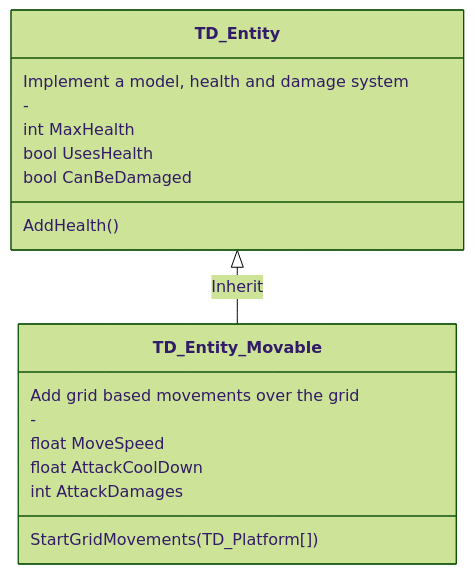
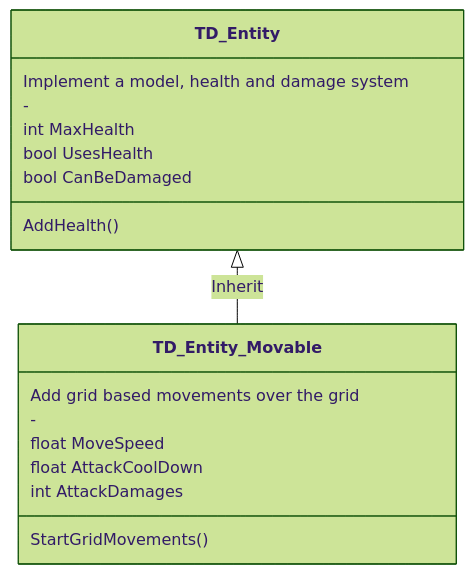
The diagram in ClassesCharts.md (l0th3r/TD-Template), drawn with Mermaid (forest theme) before and after one commit.

````diff
--- a/ClassesCharts.md
+++ b/ClassesCharts.md
@@ -6,20 +6,20 @@
 ```mermaid
  classDiagram
       TD_Entity <|-- TD_Entity_Movable : Inherit
  
       class TD_Entity
         TD_Entity: Implement a model, health and damage system
         TD_Entity: -
         TD_Entity: int MaxHealth
         TD_Entity: bool UsesHealth
         TD_Entity: bool CanBeDamaged
         TD_Entity: AddHealth()
       
       class TD_Entity_Movable
         TD_Entity_Movable: Add grid based movements over the grid
         TD_Entity_Movable: -
         TD_Entity_Movable: float MoveSpeed
         TD_Entity_Movable: float AttackCoolDown
         TD_Entity_Movable: int AttackDamages
-        TD_Entity_Movable: StartGridMovements(TD_Platform[])
+        TD_Entity_Movable: StartGridMovements()
 ```
````
